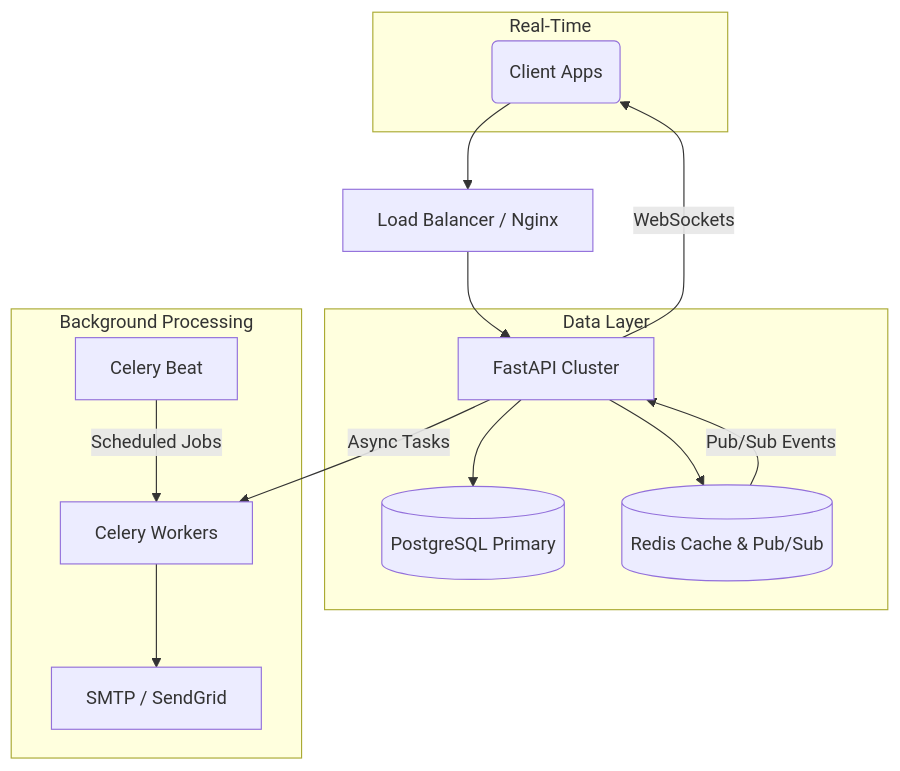
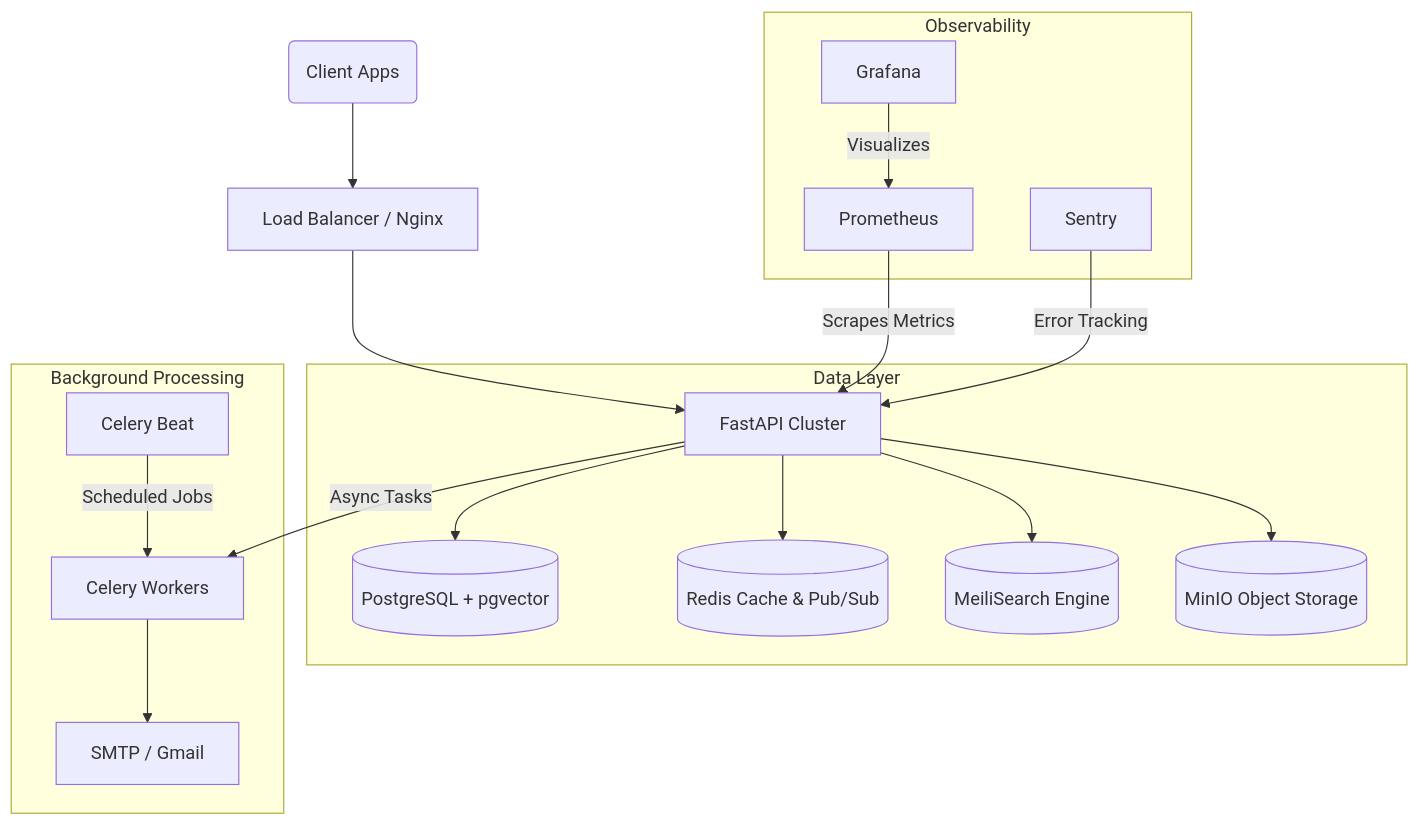
Before and after one commit to rmusayevr/fastflix-api: the diagram in README.md, drawn with Mermaid. The commit also changed other lines of this file and 2 other files, not shown here.

````diff
--- a/README.md
+++ b/README.md
@@ -11,21 +11,24 @@
 ```mermaid
 graph TD
     Client(Client Apps) --> LB[Load Balancer / Nginx]
     LB --> API[FastAPI Cluster]
     
     subgraph Data Layer
-        API --> DB[(PostgreSQL Primary)]
+        API --> DB[(PostgreSQL + pgvector)]
         API --> Redis[(Redis Cache & Pub/Sub)]
+        API --> Search[(MeiliSearch Engine)]
+        API --> Storage[(MinIO Object Storage)]
     end
     
     subgraph Background Processing
         API -- "Async Tasks" --> Celery[Celery Workers]
         Beat[Celery Beat] -- "Scheduled Jobs" --> Celery
-        Celery --> Email[SMTP / SendGrid]
+        Celery --> Email[SMTP / Gmail]
     end
     
-    subgraph Real-Time
-        Redis -- "Pub/Sub Events" --> API
-        API -- "WebSockets" --> Client
+    subgraph Observability
+        Prometheus[Prometheus] -- "Scrapes Metrics" --> API
+        Grafana[Grafana] -- "Visualizes" --> Prometheus
+        Sentry[Sentry] -- "Error Tracking" --> API
     end
 ```
````
